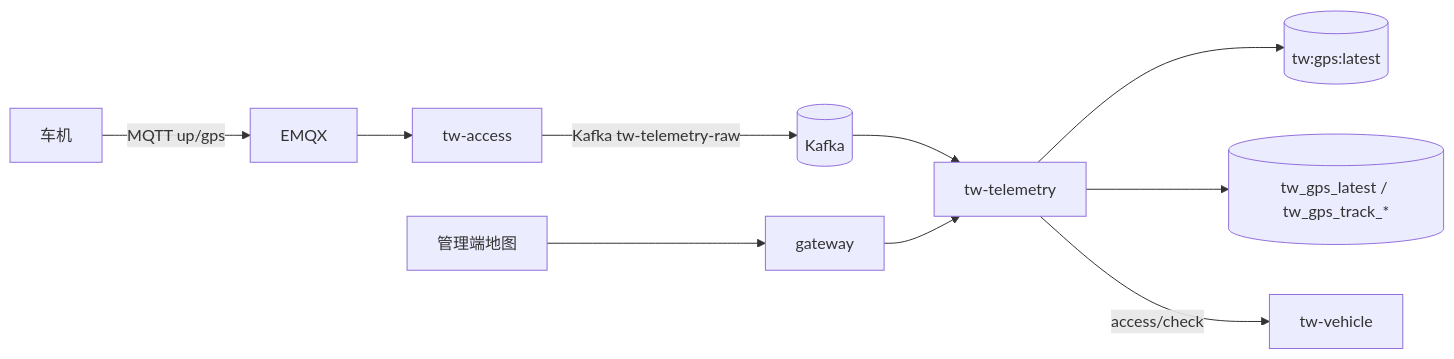
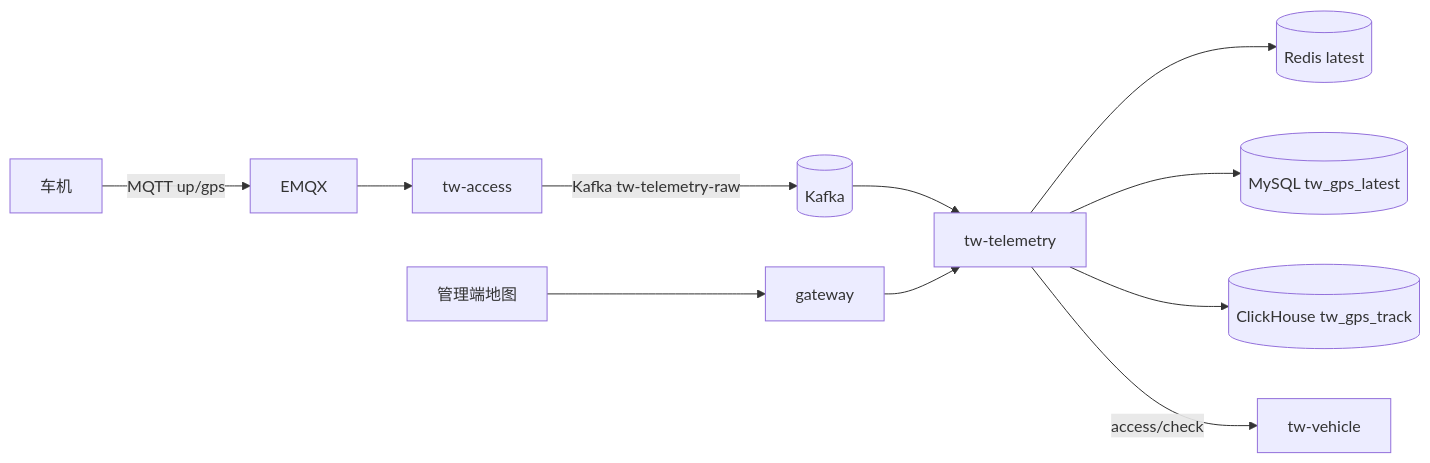
The first of 3 diagrams in docs/prepare/功能模块设计-遥测与轨迹.md (codeyunze/yz-mall), drawn with Mermaid before and after one commit. The commit also changed other lines of this file and 51 other files, not shown here.

````diff
--- a/docs/prepare/功能模块设计-遥测与轨迹.md
+++ b/docs/prepare/功能模块设计-遥测与轨迹.md
@@ -50,12 +69,13 @@
 ```mermaid
 flowchart LR
   Car["车机"] -->|MQTT up/gps| EMQX
   EMQX --> Acc["tw-access"]
   Acc -->|Kafka tw-telemetry-raw| K[(Kafka)]
   K --> T["tw-telemetry"]
-  T --> Redis[(tw:gps:latest)]
-  T --> DB[(tw_gps_latest / tw_gps_track_*)]
+  T --> Redis[(Redis latest)]
+  T --> MySQL[(MySQL tw_gps_latest)]
+  T --> CH[(ClickHouse tw_gps_track)]
   PC["管理端地图"] --> GW["gateway"]
   GW --> T
   T -->|access/check| V["tw-vehicle"]
 ```
````
